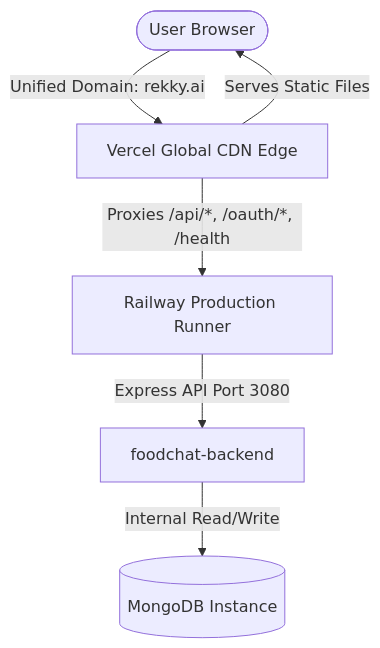
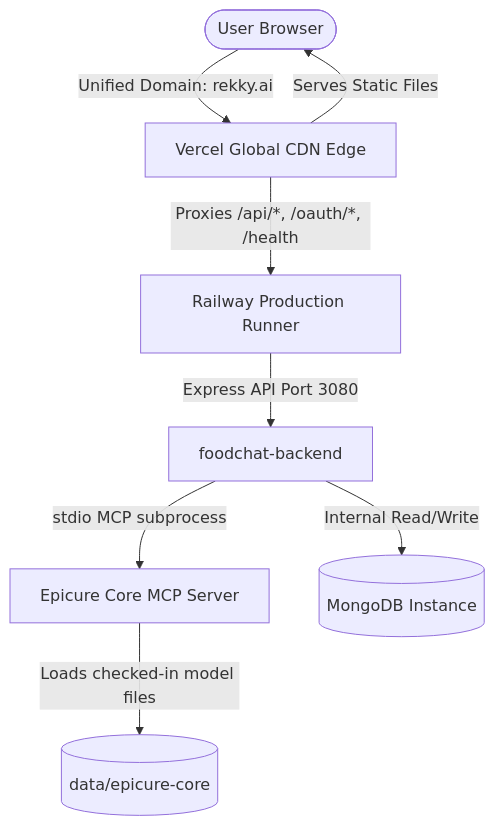
Before and after one commit to sahilvermadev/foodchat: the diagram in DEPLOYMENT.md, drawn with Mermaid. The commit also changed other lines of this file and 1 other file, not shown here.

Commit message:
Document Epicure Core production runtime

````diff
--- a/DEPLOYMENT.md
+++ b/DEPLOYMENT.md
@@ -19,8 +19,10 @@
 ```mermaid
 graph TD
     User([User Browser]) -->|Unified Domain: rekky.ai| Vercel[Vercel Global CDN Edge]
     Vercel -->|Serves Static Files| User
     Vercel -->|Proxies /api/*, /oauth/*, /health| Railway[Railway Production Runner]
     Railway -->|Express API Port 3080| Backend[foodchat-backend]
+    Backend -->|stdio MCP subprocess| Epicure[Epicure Core MCP Server]
+    Epicure -->|Loads checked-in model files| EpicureData[(data/epicure-core)]
     Backend -->|Internal Read/Write| Mongo[(MongoDB Instance)]
 ```
````
